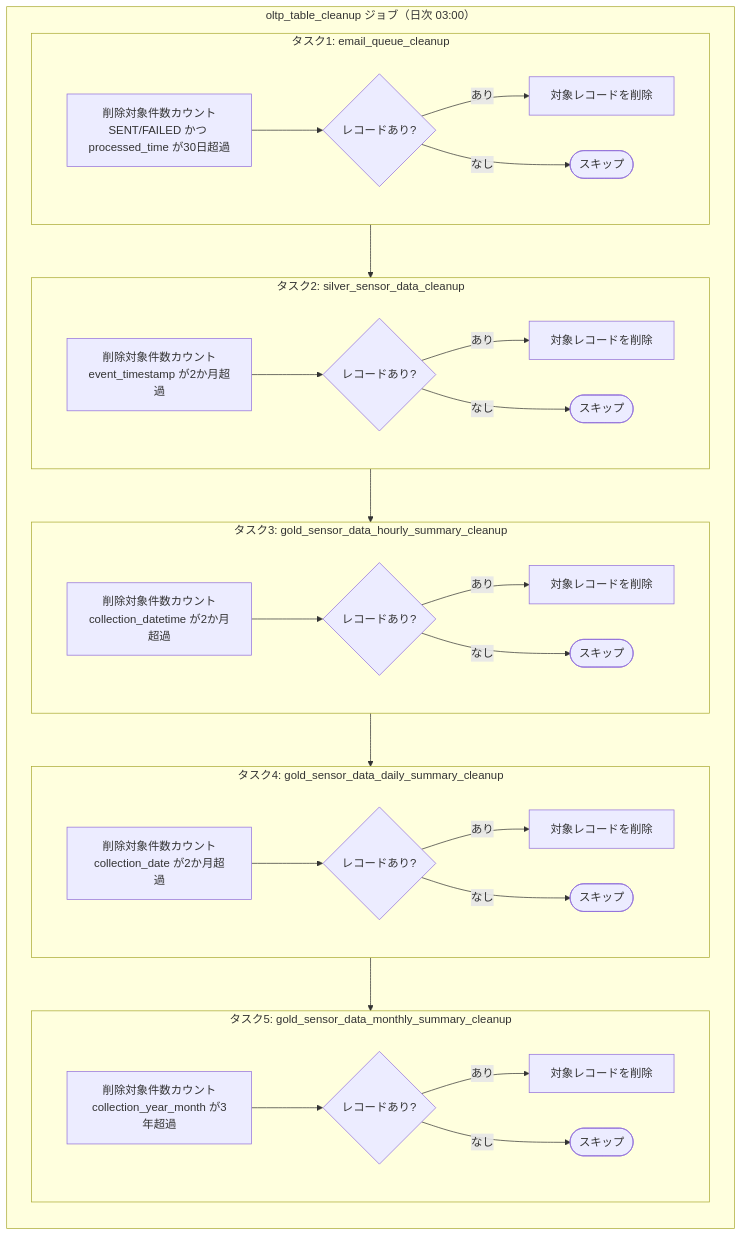
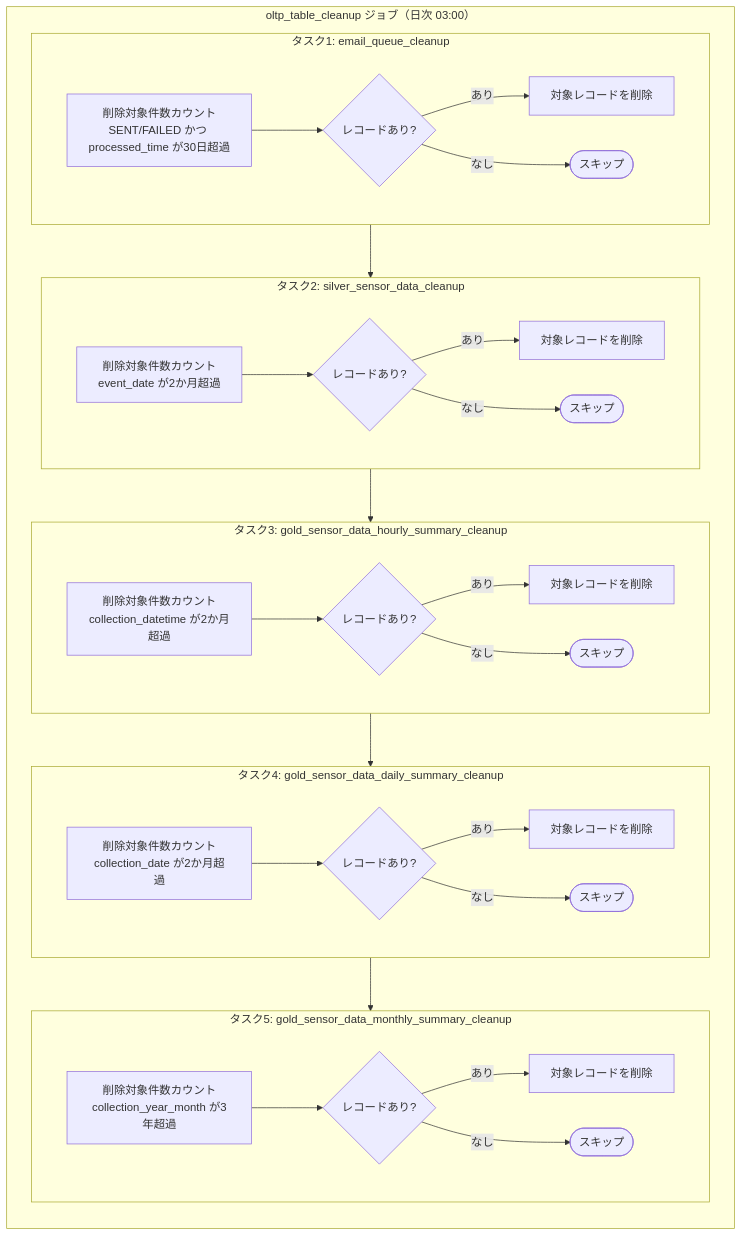
Before and after one commit to NSW-SVCP-AIWG002/Databricks-IoT: the diagram in docs/03-features/batch/oltp-cleanup/README.md, drawn with Mermaid. The commit also changed other lines of this file and 5 other files, not shown here.

````diff
--- a/docs/03-features/batch/oltp-cleanup/README.md
+++ b/docs/03-features/batch/oltp-cleanup/README.md
@@ -67,53 +67,53 @@
 ```mermaid
 flowchart TB
     subgraph Job["oltp_table_cleanup ジョブ（日次 03:00）"]
         direction TB
 
         subgraph T1["タスク1: email_queue_cleanup"]
             Count1[削除対象件数カウント<br>SENT/FAILED かつ processed_time が30日超過]
             Check1{レコードあり?}
             Delete1[対象レコードを削除]
             Count1 --> Check1
             Check1 -->|あり| Delete1
             Check1 -->|なし| Skip1([スキップ])
         end
 
         subgraph T2["タスク2: silver_sensor_data_cleanup"]
-            Count2[削除対象件数カウント<br>event_timestamp が2か月超過]
+            Count2[削除対象件数カウント<br>event_date が2か月超過]
             Check2{レコードあり?}
             Delete2[対象レコードを削除]
             Count2 --> Check2
             Check2 -->|あり| Delete2
             Check2 -->|なし| Skip2([スキップ])
         end
 
         subgraph T3["タスク3: gold_sensor_data_hourly_summary_cleanup"]
             Count3[削除対象件数カウント<br>collection_datetime が2か月超過]
             Check3{レコードあり?}
             Delete3[対象レコードを削除]
             Count3 --> Check3
             Check3 -->|あり| Delete3
             Check3 -->|なし| Skip3([スキップ])
         end
 
         subgraph T4["タスク4: gold_sensor_data_daily_summary_cleanup"]
             Count4[削除対象件数カウント<br>collection_date が2か月超過]
             Check4{レコードあり?}
             Delete4[対象レコードを削除]
             Count4 --> Check4
             Check4 -->|あり| Delete4
             Check4 -->|なし| Skip4([スキップ])
         end
 
         subgraph T5["タスク5: gold_sensor_data_monthly_summary_cleanup"]
             Count5[削除対象件数カウント<br>collection_year_month が3年超過]
             Check5{レコードあり?}
             Delete5[対象レコードを削除]
             Count5 --> Check5
             Check5 -->|あり| Delete5
             Check5 -->|なし| Skip5([スキップ])
         end
 
         T1 --> T2 --> T3 --> T4 --> T5
     end
 ```
````
